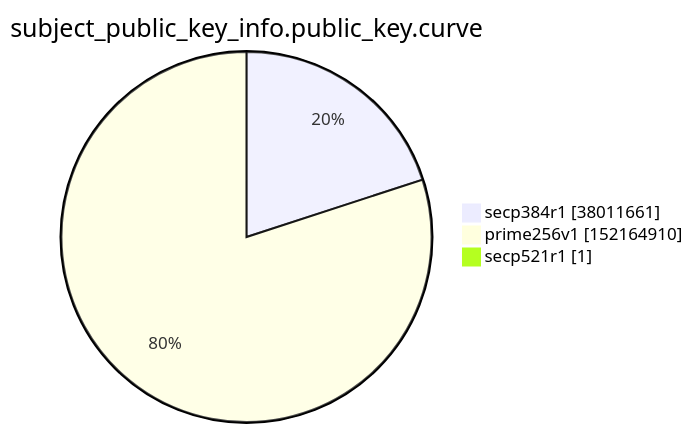
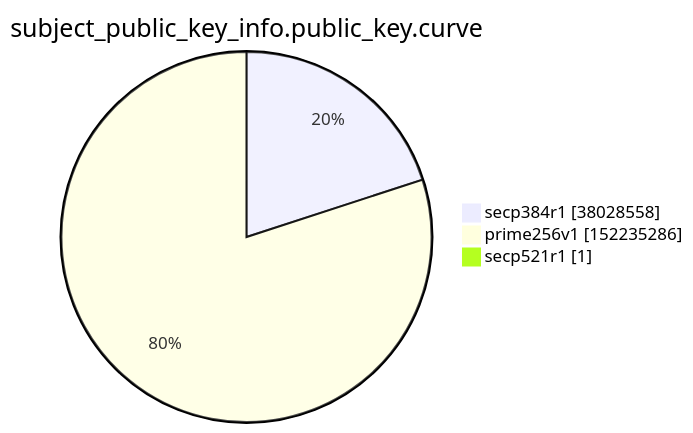
Before and after one commit to christiankrug/ctmonitor_visualization: the ninth of 15 diagrams in xenon2022/README.md, drawn with Mermaid. The commit also changed other lines of this file, not shown here.

````diff
--- a/xenon2022/README.md
+++ b/xenon2022/README.md
@@ -2860,7 +2860,7 @@
 ```mermaid
 pie showData
 title subject_public_key_info.public_key.curve
-"secp384r1" :38011661
-"prime256v1" :152164910
+"secp384r1" :38028558
+"prime256v1" :152235286
 "secp521r1" :1
 ```
````
